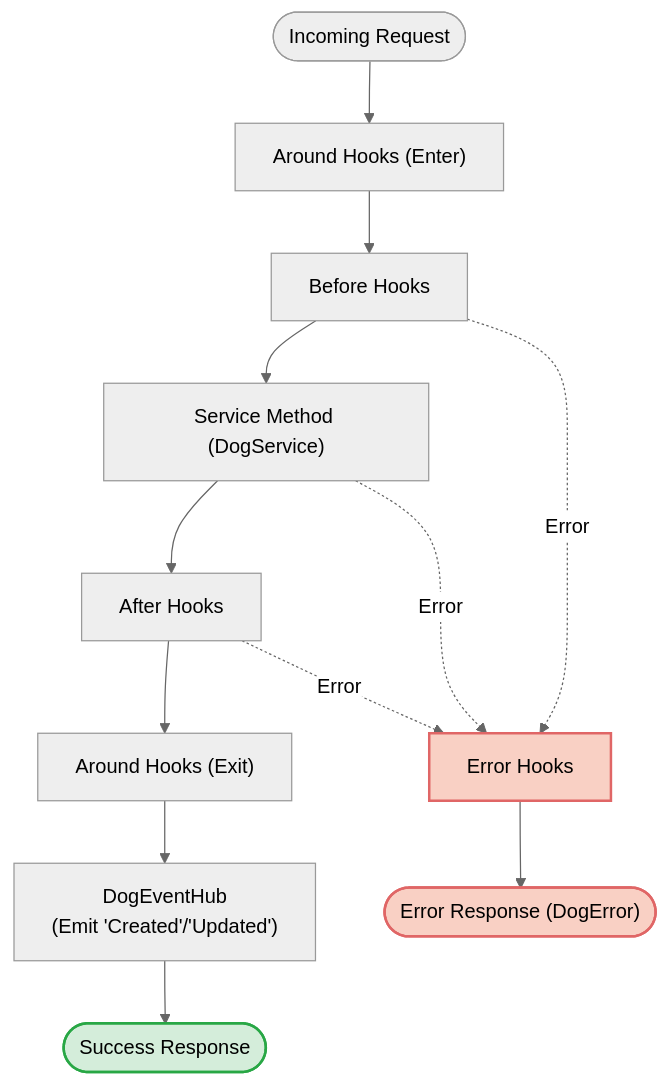
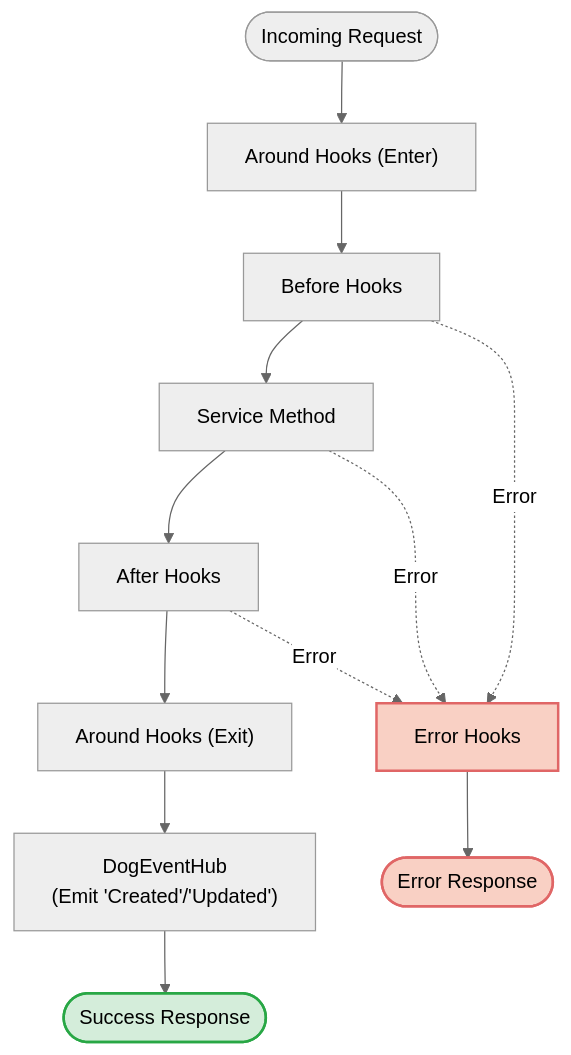
One commit to Jitpomi/dogrs changed the third of 3 diagrams in docs/design.md. Above: the diagram before and after it, drawn with Mermaid (neutral theme). The commit also changed other lines of this file and 3 other files, not shown here.

Commit message:
docs: comprehensive rewrite of workspace docs to simplify tone, add mermaid diagrams, and integrate dog-queue

````diff
--- a/docs/design.md
+++ b/docs/design.md
@@ -148,24 +145,24 @@
 ```mermaid
 flowchart TD
     Start(["Incoming Request"]) --> AroundIn["Around Hooks (Enter)"]
     AroundIn --> Before["Before Hooks"]
-    Before --> Call["Service Method (DogService)"]
+    Before --> Call["Service Method"]
     Call --> After["After Hooks"]
     After --> AroundOut["Around Hooks (Exit)"]
     
     %% Event emission
     AroundOut --> Emit["DogEventHub<br>(Emit 'Created'/'Updated')"]
     Emit --> End(["Success Response"])
     
     %% Error handling
     Before -.->|"Error"| ErrorH
     Call -.->|"Error"| ErrorH
     After -.->|"Error"| ErrorH
     
-    ErrorH["Error Hooks"] --> EndErr(["Error Response (DogError)"])
+    ErrorH["Error Hooks"] --> EndErr(["Error Response"])
     
     classDef error fill:#f9d0c4,stroke:#e06666,stroke-width:2px;
     classDef success fill:#d4edda,stroke:#28a745,stroke-width:2px;
     class ErrorH,EndErr error;
     class End success;
 ```
````
